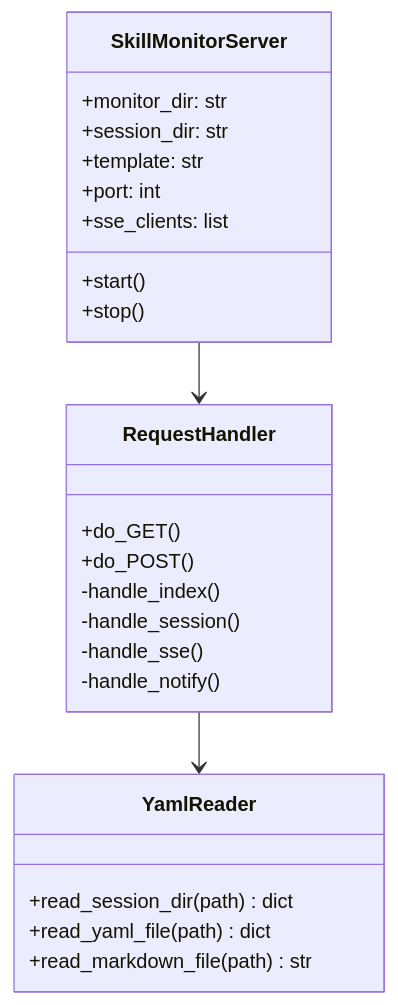
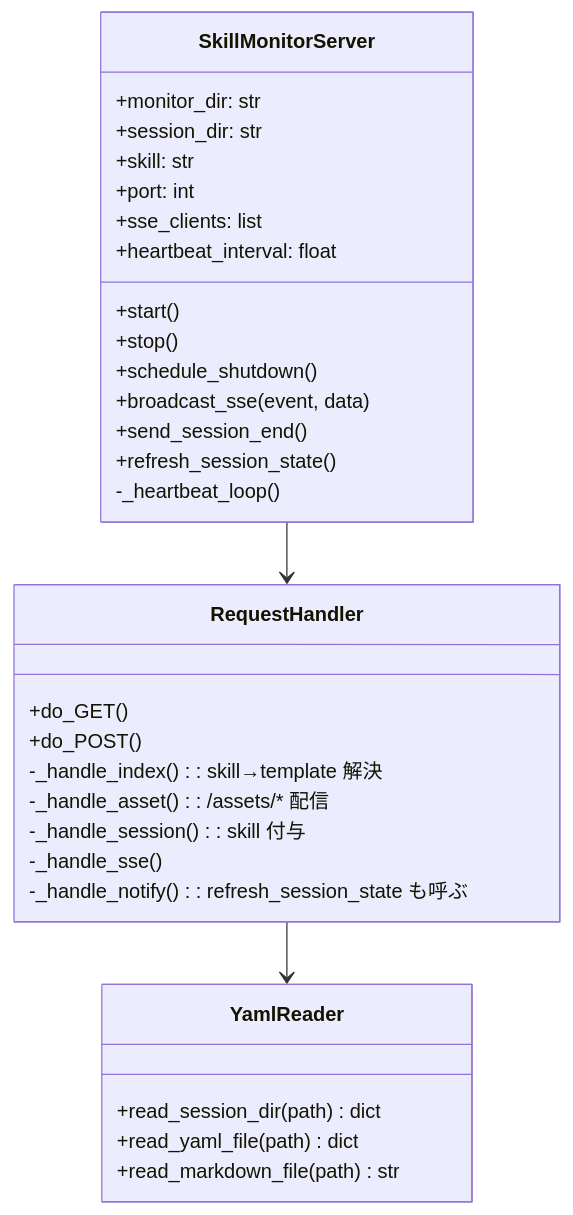
Before and after one commit to BlueEventHorizon/bw-cc-plugins: the second of 7 diagrams in docs/specs/forge/design/DES-012_show_browser_design.md, drawn with Mermaid. The commit also changed other lines of this file and 40 other files, not shown here.

````diff
--- a/docs/specs/forge/design/DES-012_show_browser_design.md
+++ b/docs/specs/forge/design/DES-012_show_browser_design.md
@@ -98,30 +132,37 @@
 ```mermaid
 classDiagram
     class SkillMonitorServer {
         +monitor_dir: str
         +session_dir: str
-        +template: str
+        +skill: str
         +port: int
         +sse_clients: list
+        +heartbeat_interval: float
         +start()
         +stop()
+        +schedule_shutdown()
+        +broadcast_sse(event, data)
+        +send_session_end()
+        +refresh_session_state()
+        -_heartbeat_loop()
     }
 
     class RequestHandler {
         +do_GET()
         +do_POST()
-        -handle_index()
-        -handle_session()
-        -handle_sse()
-        -handle_notify()
+        -_handle_index()    : skill→template 解決
+        -_handle_asset()    : /assets/* 配信
+        -_handle_session()  : skill 付与
+        -_handle_sse()
+        -_handle_notify()   : refresh_session_state も呼ぶ
     }
 
     class YamlReader {
         +read_session_dir(path) dict
         +read_yaml_file(path) dict
         +read_markdown_file(path) str
     }
 
     SkillMonitorServer --> RequestHandler
     RequestHandler --> YamlReader
 ```
````
